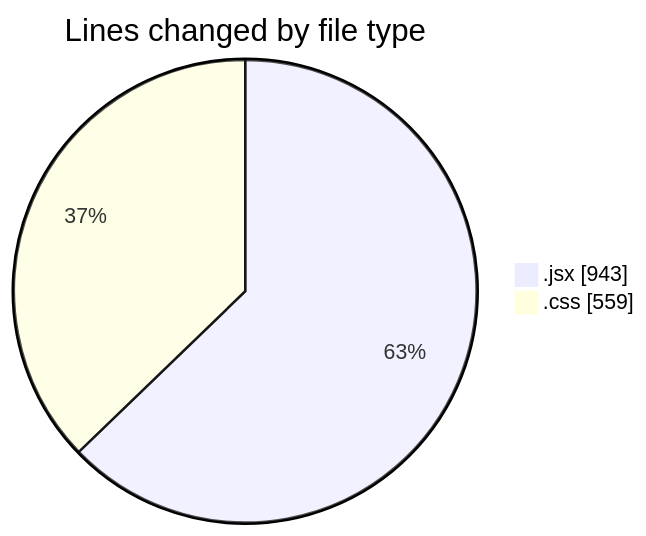
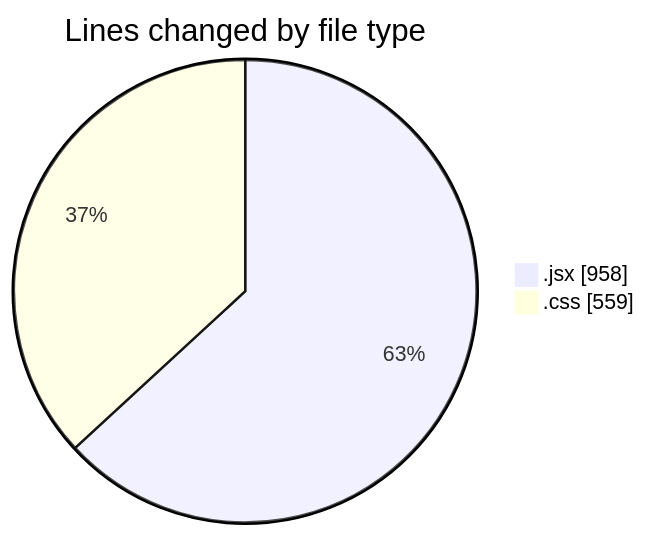
Before and after one commit to BS-eng2023/code-tracking: the first of 2 diagrams in 2025-05-08/react/README.md, drawn with Mermaid. The commit also changed other lines of this file and 1 other file, not shown here.

````diff
--- a/2025-05-08/react/README.md
+++ b/2025-05-08/react/README.md
@@ -27,6 +27,6 @@
 ```mermaid
 pie showData
 title Lines changed by file type
-".jsx" : 943
+".jsx" : 958
 ".css" : 559
 ```
````
